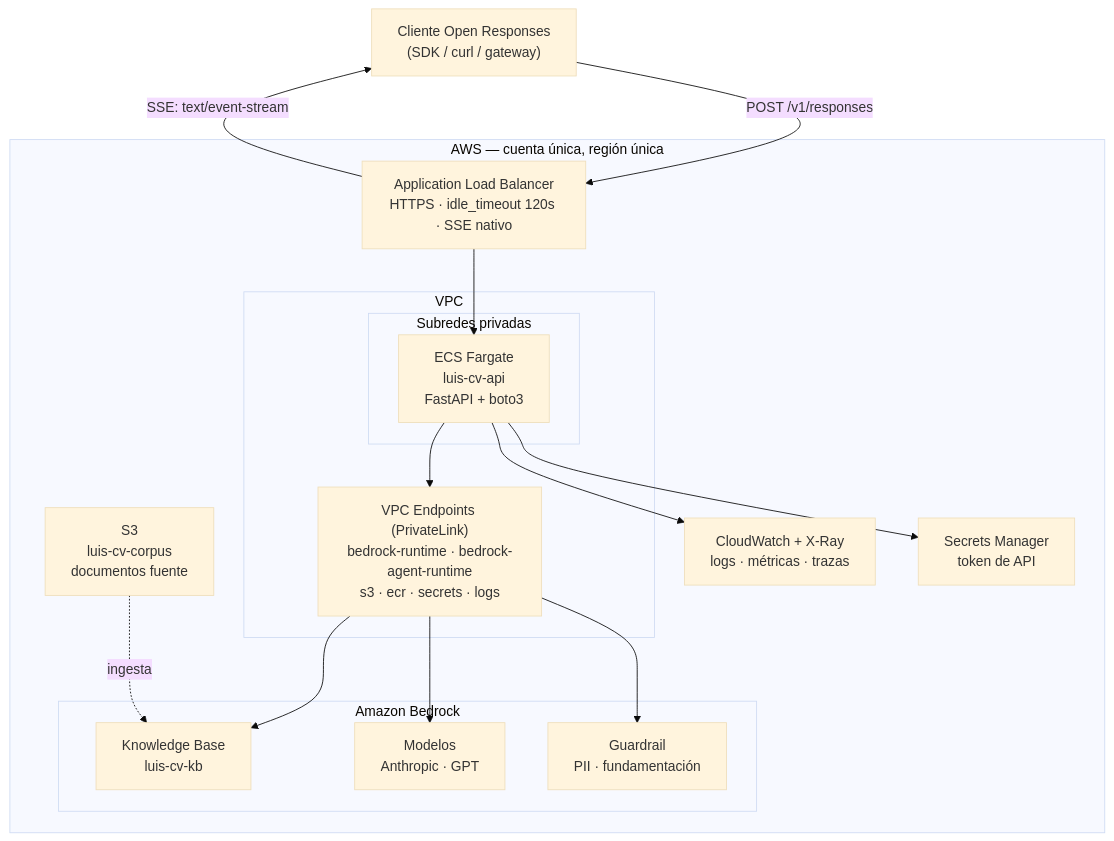
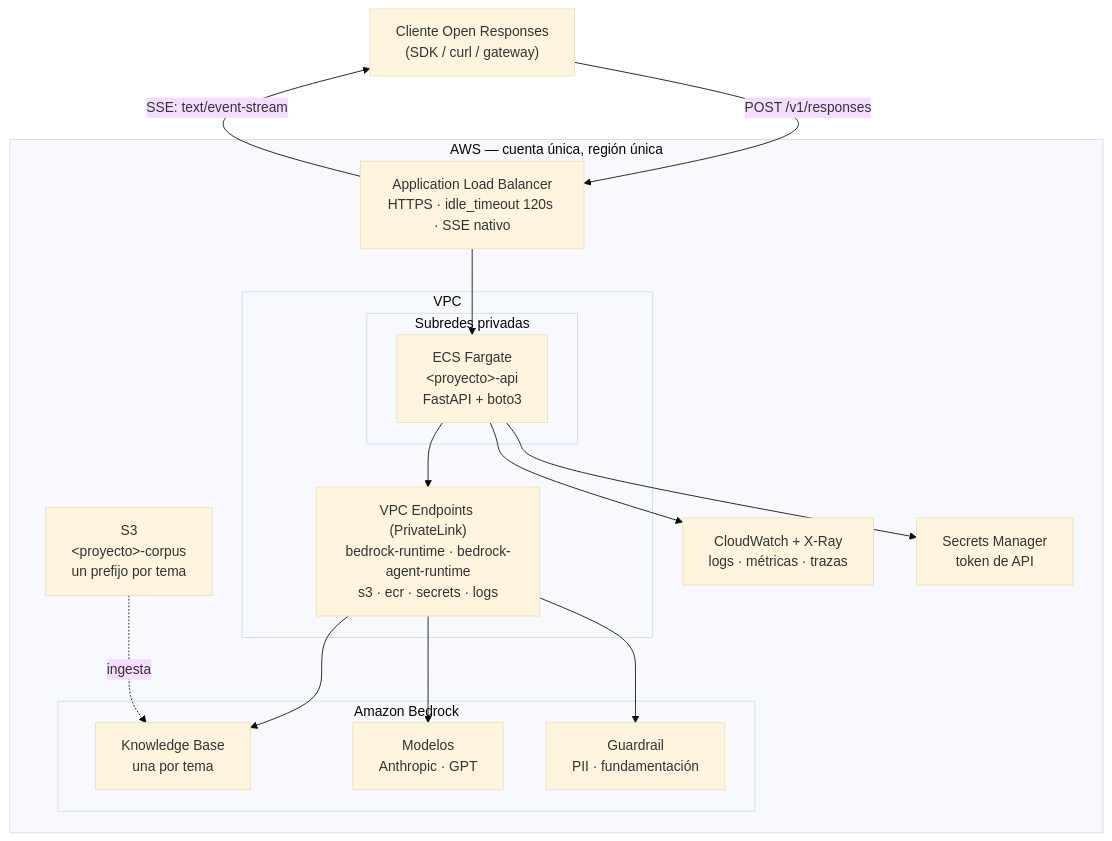
Before and after one commit to MrCalamitus/rag-agent: the diagram in README.md, drawn with Mermaid (base theme). The commit also changed other lines of this file and 107 other files, not shown here.

````diff
--- a/README.md
+++ b/README.md
@@ -32,36 +81,36 @@
 ```mermaid
 flowchart TB
     Cliente["Cliente Open Responses<br/>(SDK / curl / gateway)"]
 
     subgraph AWS["AWS — cuenta única, región única"]
         ALB["Application Load Balancer<br/>HTTPS · idle_timeout 120s · SSE nativo"]
 
         subgraph VPC["VPC"]
             subgraph Priv["Subredes privadas"]
-                ECS["ECS Fargate<br/>luis-cv-api<br/>FastAPI + boto3"]
+                ECS["ECS Fargate<br/>&lt;proyecto&gt;-api<br/>FastAPI + boto3"]
             end
             VPCE["VPC Endpoints (PrivateLink)<br/>bedrock-runtime · bedrock-agent-runtime<br/>s3 · ecr · secrets · logs"]
         end
 
         subgraph Bedrock["Amazon Bedrock"]
-            KB["Knowledge Base<br/>luis-cv-kb"]
+            KB["Knowledge Base<br/>una por tema"]
             LLM["Modelos<br/>Anthropic · GPT"]
             GR["Guardrail<br/>PII · fundamentación"]
         end
 
-        S3["S3<br/>luis-cv-corpus<br/>documentos fuente"]
+        S3["S3<br/>&lt;proyecto&gt;-corpus<br/>un prefijo por tema"]
         OBS["CloudWatch + X-Ray<br/>logs · métricas · trazas"]
         SM["Secrets Manager<br/>token de API"]
     end
 
     Cliente -->|"POST /v1/responses"| ALB
     ALB --> ECS
     ECS --> VPCE
     VPCE --> KB
     VPCE --> LLM
     VPCE --> GR
     S3 -.->|ingesta| KB
     ECS --> OBS
     ECS --> SM
     ALB -->|"SSE: text/event-stream"| Cliente
 ```
````
